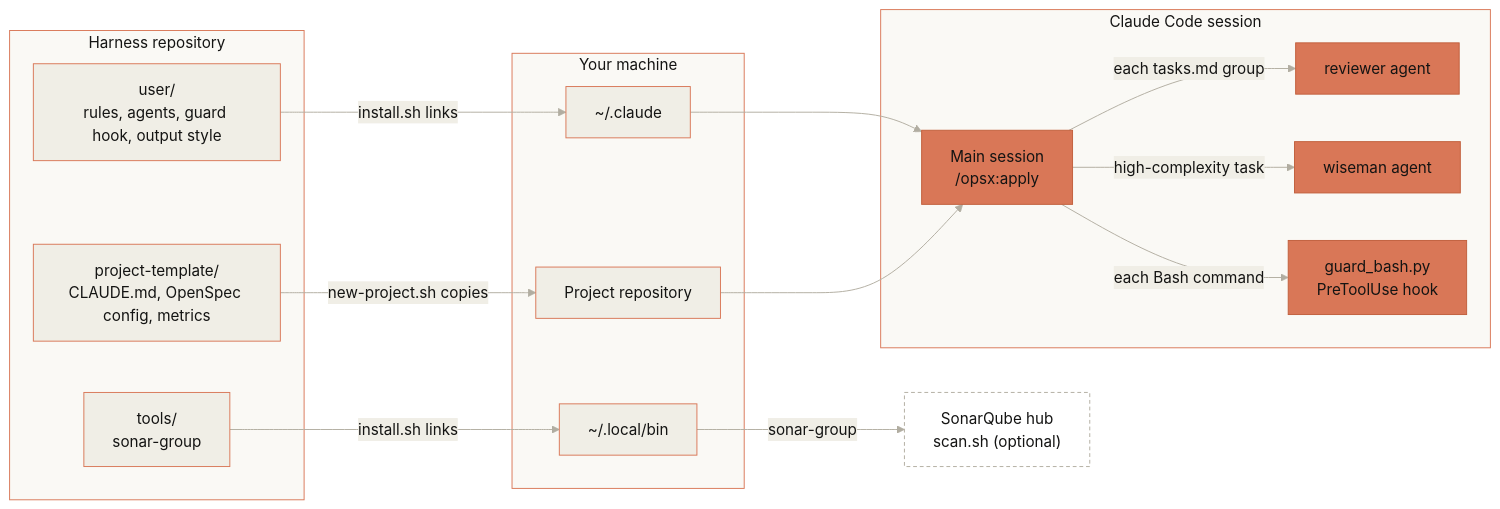
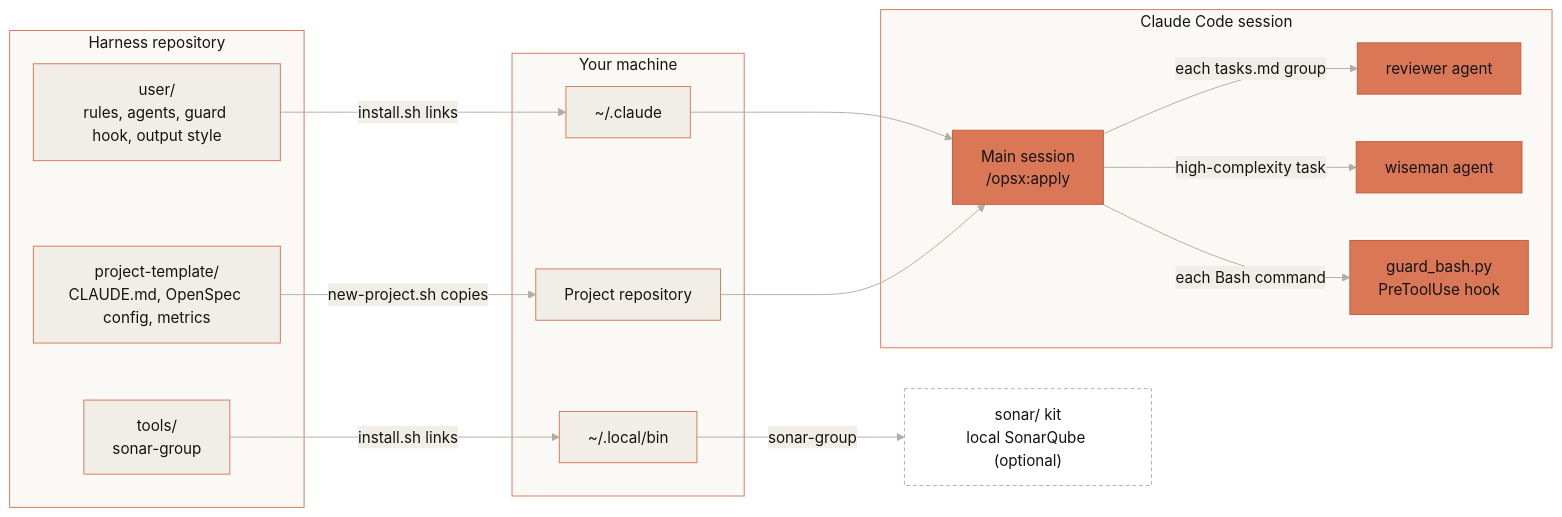
One commit to ChristianSosa22/claude-code-harness changed the diagram in README.md. Above: the diagram before and after it, drawn with Mermaid. The commit also changed other lines of this file and 10 other files, not shown here.

First line of the commit message:
Add a local SonarQube kit and the MIT license

````diff
--- a/README.md
+++ b/README.md
@@ -9,39 +9,39 @@
 ```mermaid
 %%{init: {"theme": "base", "themeVariables": {"primaryColor": "#F0EEE6", "primaryBorderColor": "#D97757", "primaryTextColor": "#141413", "lineColor": "#B1ADA1", "clusterBkg": "#FAF9F5", "clusterBorder": "#D97757", "titleColor": "#141413", "edgeLabelBackground": "#F0EEE6"}}}%%
 flowchart LR
   subgraph repo["Harness repository"]
     user["user/<br/>rules, agents, guard hook, output style"]
     tools["tools/<br/>sonar-group"]
     tpl["project-template/<br/>CLAUDE.md, OpenSpec config, metrics"]
   end
 
   subgraph machine["Your machine"]
     home["~/.claude"]
     bin["~/.local/bin"]
     proj["Project repository"]
   end
 
   subgraph session["Claude Code session"]
     main["Main session<br/>/opsx:apply"]
     reviewer["reviewer agent"]
     wiseman["wiseman agent"]
     guard["guard_bash.py<br/>PreToolUse hook"]
   end
 
-  hub["SonarQube hub<br/>scan.sh (optional)"]
+  hub["sonar/ kit<br/>local SonarQube (optional)"]
 
   user -- "install.sh links" --> home
   tools -- "install.sh links" --> bin
   tpl -- "new-project.sh copies" --> proj
   home --> main
   proj --> main
   main -- "each Bash command" --> guard
   main -- "each tasks.md group" --> reviewer
   main -- "high-complexity task" --> wiseman
   bin -- "sonar-group" --> hub
 
   classDef run fill:#D97757,stroke:#C15F3C,color:#141413
   classDef ext fill:#FFFFFF,stroke:#B1ADA1,stroke-dasharray:4 3,color:#141413
   class main,reviewer,wiseman,guard run
   class hub ext
 ```
````
